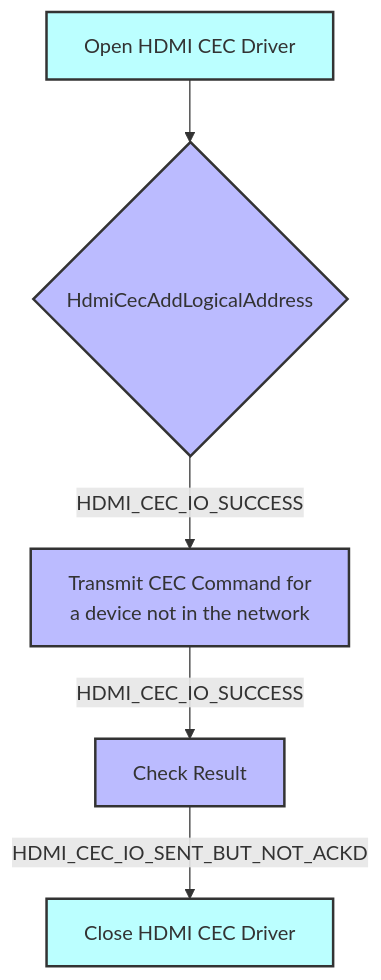
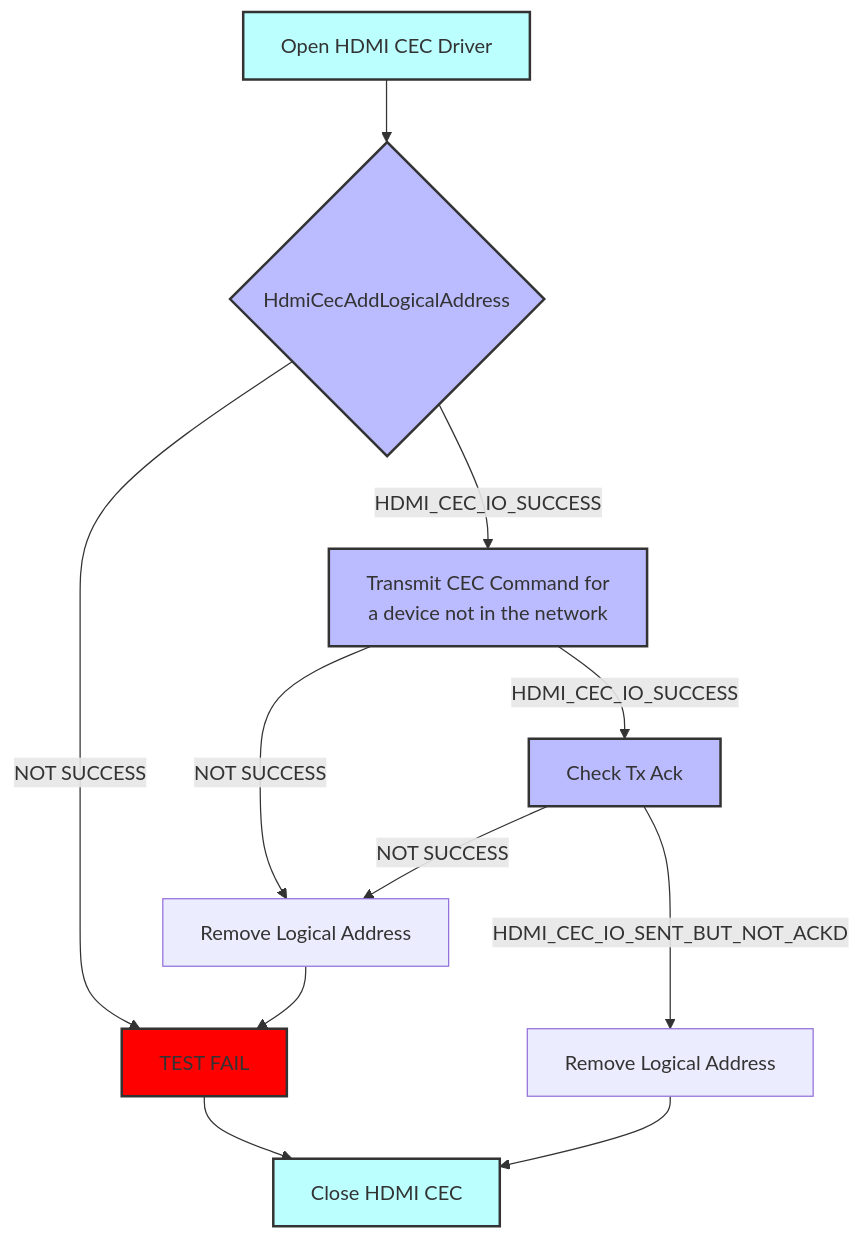
Before and after one commit to rdkcentral/rdk-halif-test-hdmi_cec: the sixth of 6 diagrams in docs/pages/hdmi-cec_L2_Low-Level_TestSpec.md, drawn with Mermaid. The commit also changed other lines of this file, not shown here.

First line of the commit message:
gh #4 updated the failure conditions in mermaid

````diff
--- a/docs/pages/hdmi-cec_L2_Low-Level_TestSpec.md
+++ b/docs/pages/hdmi-cec_L2_Low-Level_TestSpec.md
@@ -316,13 +335,19 @@
 ```mermaid
 graph TD
     style A fill:#bff,stroke:#333,stroke-width:2px
     style B fill:#bbf,stroke:#333,stroke-width:2px
     style C fill:#bbf,stroke:#333,stroke-width:2px
     style D fill:#bbf,stroke:#333,stroke-width:2px
-    style E fill:#bff,stroke:#333,stroke-width:2px
+	  style D fill:#bbf,stroke:#333,stroke-width:2px
+    style F fill:#bff,stroke:#333,stroke-width:2px
+	  style I fill:#f00,stroke:#333,stroke-width:2px
 
     A[Open HDMI CEC Driver] --> B{HdmiCecAddLogicalAddress}
+	  B --> |NOT SUCCESS| I[TEST FAIL] --> F
     B -->|HDMI_CEC_IO_SUCCESS| C[Transmit CEC Command for \n a device not in the network]
-    C -->|HDMI_CEC_IO_SUCCESS| D[Check Result]
-    D -->|HDMI_CEC_IO_SENT_BUT_NOT_ACKD| E[Close HDMI CEC Driver]
+	  C -->|NOT SUCCESS| E[Remove Logical Address]-->I
+    C -->|HDMI_CEC_IO_SUCCESS| D[Check Tx Ack]
+	  D -->|NOT SUCCESS| E[Remove Logical Address]
+	  D -->|HDMI_CEC_IO_SENT_BUT_NOT_ACKD| G[Remove Logical Address]
+	  G -->F[Close HDMI CEC]
 ```
````
